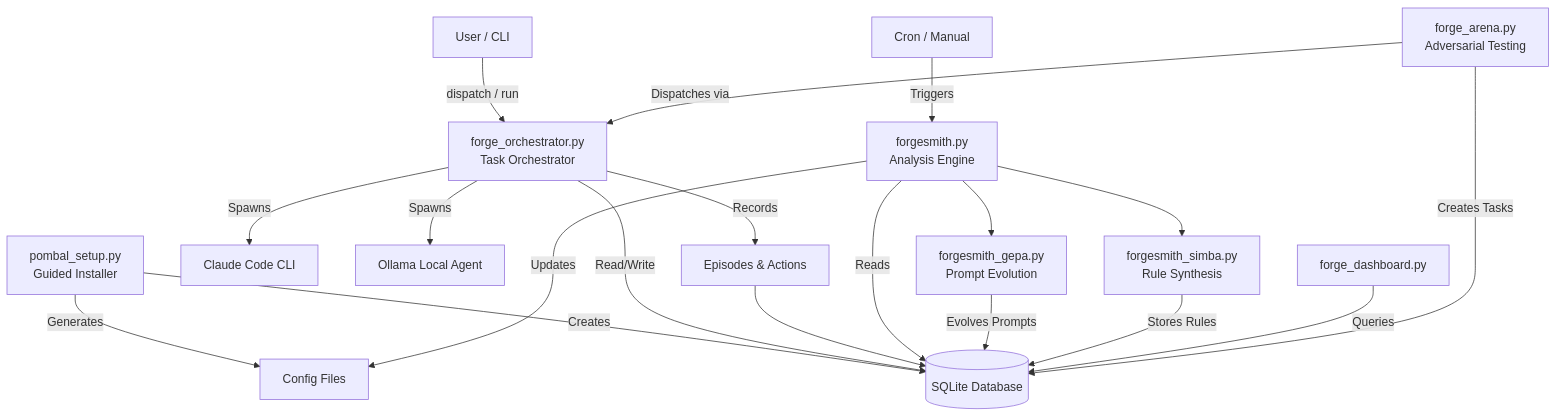
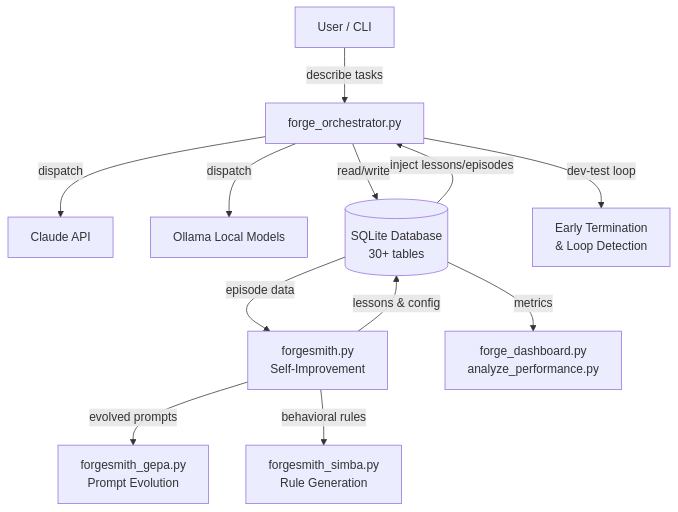
One commit to sbknana/equipa changed the first of 4 diagrams in docs/ARCHITECTURE.md. Above: the diagram before and after it, drawn with Mermaid. The commit also changed other lines of this file and 9 other files, not shown here.

````diff
--- a/docs/ARCHITECTURE.md
+++ b/docs/ARCHITECTURE.md
@@ -48,24 +40,14 @@
 ```mermaid
 graph TD
-    Setup[pombal_setup.py<br>Guided Installer] -->|Creates| DB[(SQLite Database)]
-    Setup -->|Generates| Config[Config Files]
-
-    CLI[User / CLI] -->|dispatch / run| Orchestrator[forge_orchestrator.py<br>Task Orchestrator]
-    Orchestrator -->|Read/Write| DB
-    Orchestrator -->|Spawns| Claude[Claude Code CLI]
-    Orchestrator -->|Spawns| Ollama[Ollama Local Agent]
-    Orchestrator -->|Records| Episodes[Episodes & Actions]
-    Episodes --> DB
-
-    Cron[Cron / Manual] -->|Triggers| ForgeSmith[forgesmith.py<br>Analysis Engine]
-    ForgeSmith -->|Reads| DB
-    ForgeSmith -->|Updates| Config
-    ForgeSmith --> GEPA[forgesmith_gepa.py<br>Prompt Evolution]
-    ForgeSmith --> SIMBA[forgesmith_simba.py<br>Rule Synthesis]
-    GEPA -->|Evolves Prompts| DB
-    SIMBA -->|Stores Rules| DB
-
-    Dashboard[forge_dashboard.py] -->|Queries| DB
-    Arena[forge_arena.py<br>Adversarial Testing] -->|Creates Tasks| DB
-    Arena -->|Dispatches via| Orchestrator
+    User[User / CLI] -->|describe tasks| Orchestrator[forge_orchestrator.py]
+    Orchestrator -->|dispatch| Claude[Claude API]
+    Orchestrator -->|dispatch| Ollama[Ollama Local Models]
+    Orchestrator -->|read/write| DB[(SQLite Database<br/>30+ tables)]
+    Orchestrator -->|dev-test loop| EarlyTerm[Early Termination<br/>& Loop Detection]
+    DB -->|episode data| Forgesmith[forgesmith.py<br/>Self-Improvement]
+    Forgesmith -->|evolved prompts| GEPA[forgesmith_gepa.py<br/>Prompt Evolution]
+    Forgesmith -->|behavioral rules| SIMBA[forgesmith_simba.py<br/>Rule Generation]
+    Forgesmith -->|lessons & config| DB
+    DB -->|metrics| Dashboard[forge_dashboard.py<br/>analyze_performance.py]
+    DB -->|inject lessons/episodes| Orchestrator
 ```
````
